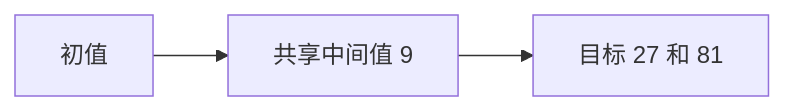
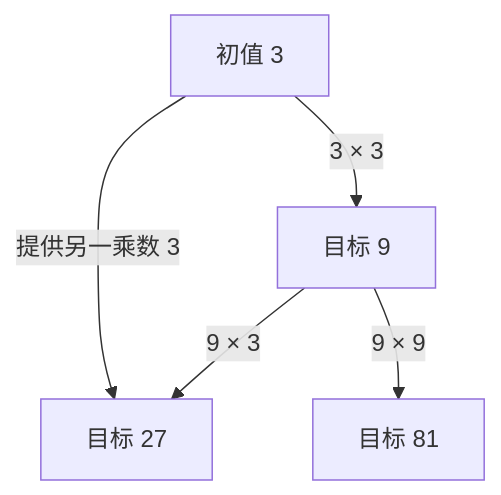
Before and after one commit to Leonardo-F/kaggle-lab: the first of 3 diagrams in competitions/santa-2026/docs/algorithm-evolution.md, drawn with Mermaid. The commit also changed other lines of this file, not shown here.

````diff
--- a/competitions/santa-2026/docs/algorithm-evolution.md
+++ b/competitions/santa-2026/docs/algorithm-evolution.md
@@ -22,4 +24,11 @@
 ```mermaid
-flowchart LR
-    A["初值"] --> B["共享中间值 9"] --> C["目标 27 和 81"]
+flowchart TB
+    S["初值 3"]
+    N["目标 9"]
+    T["目标 27"]
+    U["目标 81"]
+    S -->|"3 × 3"| N
+    S -->|"提供另一乘数 3"| T
+    N -->|"9 × 3"| T
+    N -->|"9 × 9"| U
 ```
````
